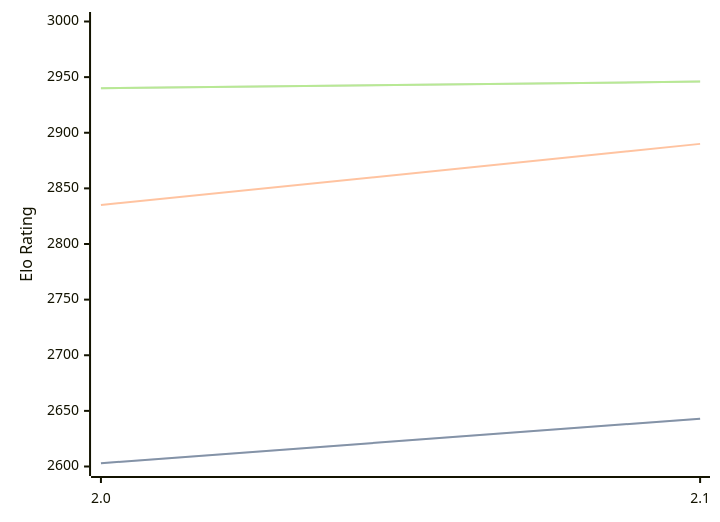
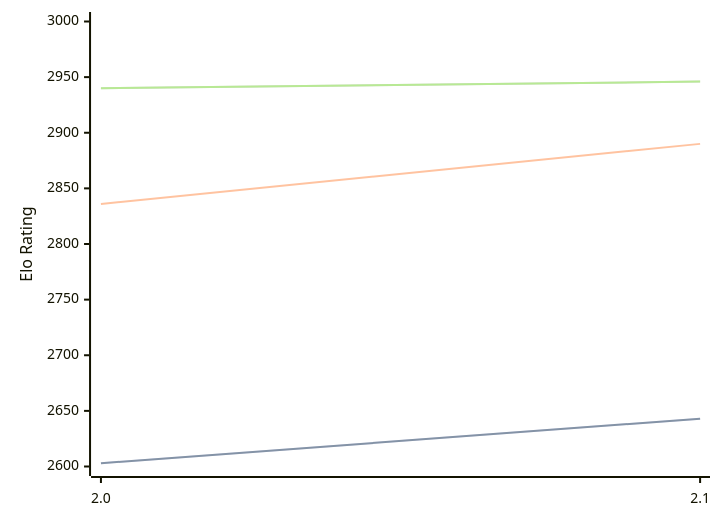
Before and after one commit to computer-chess-index/cci: the diagram in engines/Noggin.md, drawn with Mermaid. The commit also changed other lines of this file, not shown here.

````diff
--- a/engines/Noggin.md
+++ b/engines/Noggin.md
@@ -33,11 +33,11 @@
 ```mermaid
 %%{init: {"theme":"base","themeVariables":{"seriesColors:['#a3a3a3','#222221','#faa371']}}}%%
 xychart-beta
   x-axis ["2.0", "2.1"]
   y-axis "Elo Rating" 2600 --> 3000
   line "" [2603, 2643]
   line "STC (8.0+0.08s)" [2603, 2643]
-  line "LTC (60.0+0.60s)" [2835, 2890]
+  line "LTC (60.0+0.60s)" [2836, 2890]
   line "" [2940, 2946]
   line "VLTC (2m24s+1.12s)" [2940, 2946]
 ```
````
